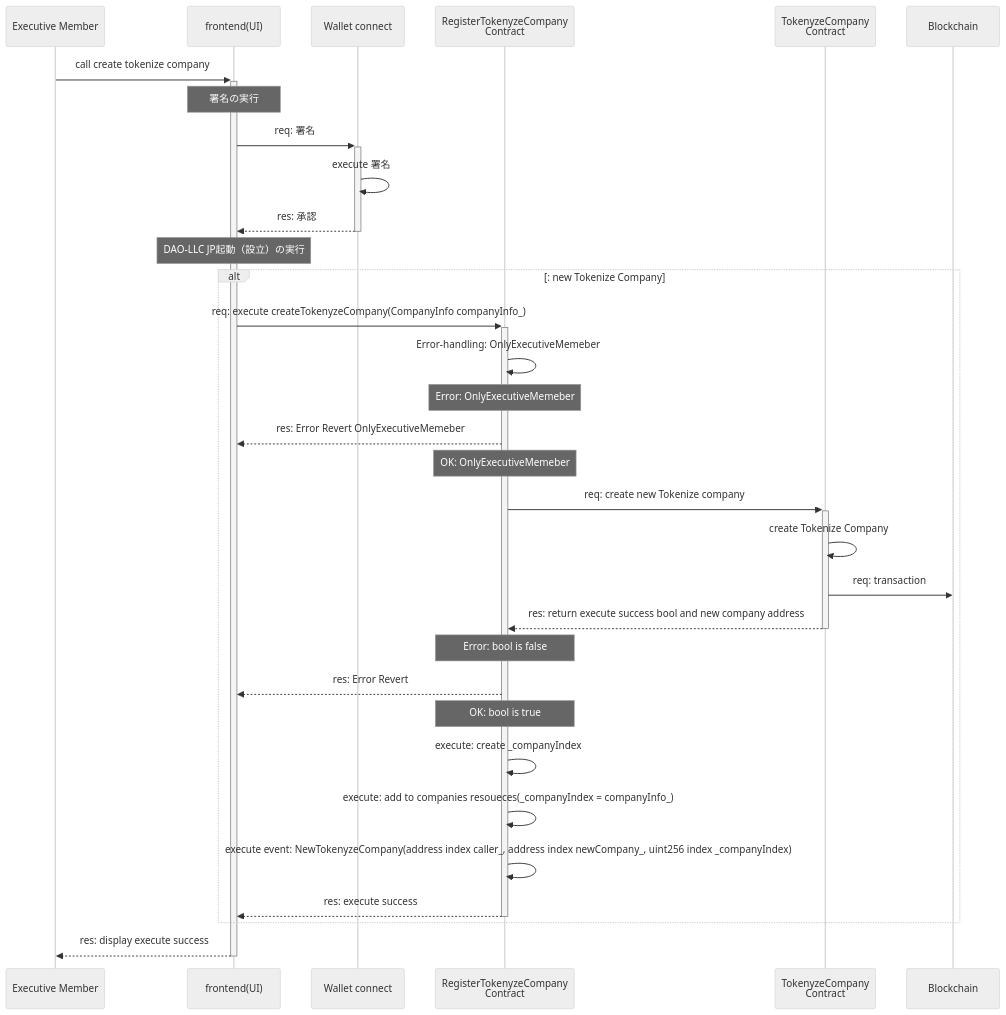
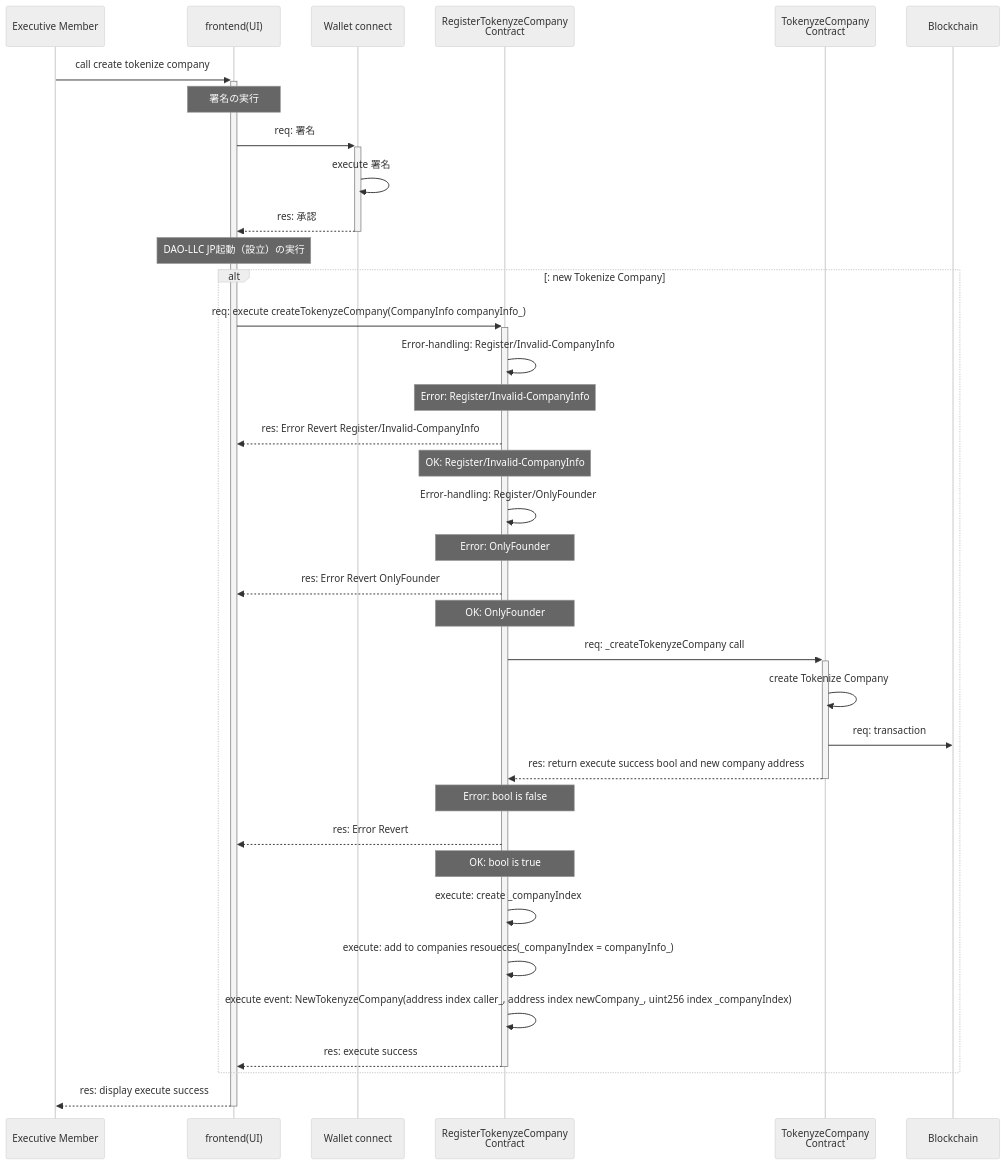
One commit to Borderless-company/Borderless-Contract changed the third of 3 diagrams in docs/contracts/1.RegisterTokenyzeCompany/1.RegisterTokenyzeCompany.index.md. Above: the diagram before and after it, drawn with Mermaid (neutral theme). The commit also changed other lines of this file and 2 other files, not shown here.

````diff
--- a/docs/contracts/1.RegisterTokenyzeCompany/1.RegisterTokenyzeCompany.index.md
+++ b/docs/contracts/1.RegisterTokenyzeCompany/1.RegisterTokenyzeCompany.index.md
@@ -112,35 +116,39 @@
     ```mermaid
         sequenceDiagram
             participant EM as Executive Member
             participant UI as frontend(UI)
             participant WC as Wallet connect
             participant RTC as RegisterTokenyzeCompany<br/>Contract
             participant TC as TokenyzeCompany<br/>Contract
             participant BC as Blockchain
 
             EM ->>+ UI: call create tokenize company
             Note over UI: 署名の実行
             UI ->>+ WC: req: 署名
             WC ->> WC: execute 署名
             WC -->>- UI: res: 承認
             Note over UI: DAO-LLC JP起動（設立）の実行
             alt: new Tokenize Company
             UI ->>+ RTC: req: execute createTokenyzeCompany(CompanyInfo companyInfo_)
-            RTC ->> RTC: Error-handling: OnlyExecutiveMemeber
-            Note over RTC: Error: OnlyExecutiveMemeber
-            RTC -->> UI: res: Error Revert OnlyExecutiveMemeber
-            Note over RTC: OK: OnlyExecutiveMemeber
-            RTC ->>+ TC: req: create new Tokenize company
+            RTC ->> RTC: Error-handling: Register/Invalid-CompanyInfo
+            Note over RTC: Error: Register/Invalid-CompanyInfo
+            RTC -->> UI: res: Error Revert Register/Invalid-CompanyInfo
+            Note over RTC: OK: Register/Invalid-CompanyInfo
+            RTC ->> RTC: Error-handling: Register/OnlyFounder
+            Note over RTC: Error: OnlyFounder
+            RTC -->> UI: res: Error Revert OnlyFounder
+            Note over RTC: OK: OnlyFounder
+            RTC ->>+ TC: req: _createTokenyzeCompany call
             TC ->> TC: create Tokenize Company
             TC ->> BC: req: transaction
             TC -->>- RTC: res: return execute success bool and new company address
             Note over RTC: Error: bool is false
             RTC -->> UI: res: Error Revert
             Note over RTC: OK: bool is true
             RTC ->> RTC: execute: create _companyIndex
             RTC ->> RTC: execute: add to companies resoueces(_companyIndex = companyInfo_)
             RTC ->> RTC: execute event: NewTokenyzeCompany(address index caller_, address index newCompany_, uint256 index _companyIndex)
             RTC -->>- UI: res: execute success
             end
             UI -->>- EM: res: display execute success
     ```
````
